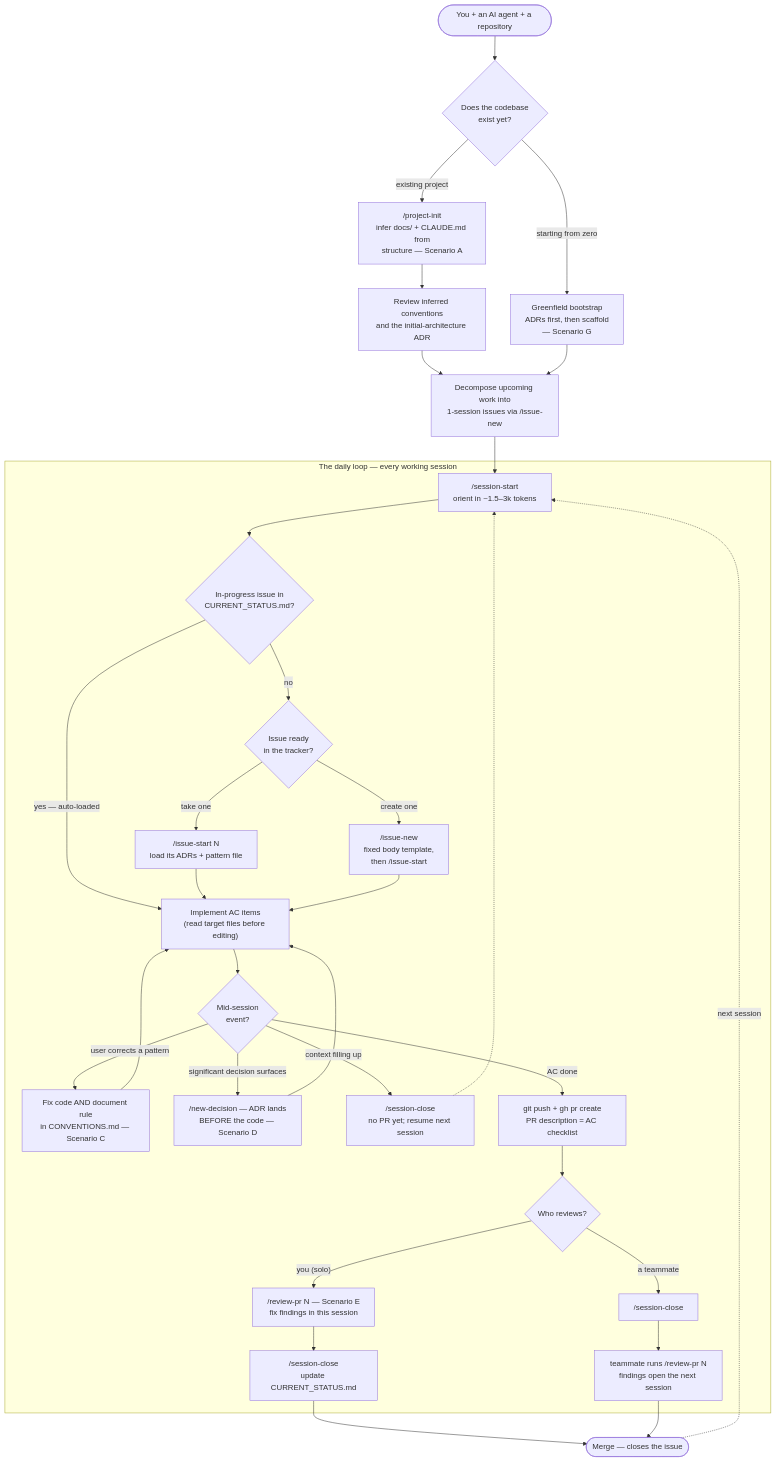
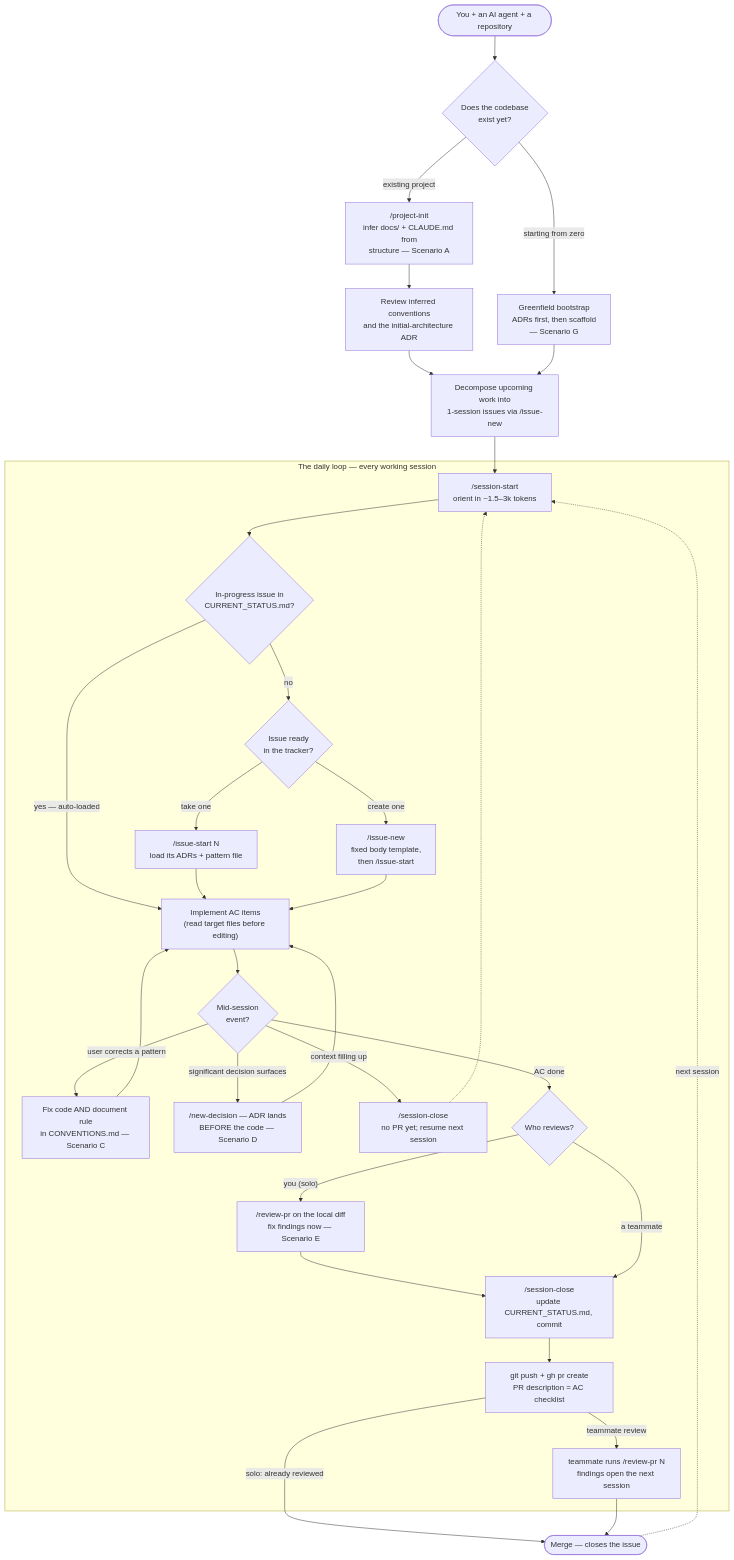
One commit to albertomarturelo/context-first-development changed the first of 7 diagrams in docs/session-flow.md. Above: the diagram before and after it, drawn with Mermaid. The commit also changed other lines of this file and 10 other files, not shown here.

First line of the commit message:
fix: self-review the local diff before close; correct CI claims

````diff
--- a/docs/session-flow.md
+++ b/docs/session-flow.md
@@ -20,37 +20,37 @@
 ```mermaid
 flowchart TD
     START(["You + an AI agent + a repository"]) --> Q{"Does the codebase<br/>exist yet?"}
     Q -- "existing project" --> A["/project-init<br/>infer docs/ + CLAUDE.md from<br/>structure — Scenario A"]
     Q -- "starting from zero" --> G["Greenfield bootstrap<br/>ADRs first, then scaffold<br/>— Scenario G"]
     A --> R["Review inferred conventions<br/>and the initial-architecture ADR"]
     R --> B0["Decompose upcoming work into<br/>1-session issues via /issue-new"]
     G --> B0
 
     subgraph LOOP["The daily loop — every working session"]
         SS["/session-start<br/>orient in ~1.5–3k tokens"] --> P{"In-progress issue in<br/>CURRENT_STATUS.md?"}
         P -- "yes — auto-loaded" --> IMPL
         P -- "no" --> T{"Issue ready<br/>in the tracker?"}
         T -- "take one" --> IS["/issue-start N<br/>load its ADRs + pattern file"]
         T -- "create one" --> IN["/issue-new<br/>fixed body template,<br/>then /issue-start"]
         IS --> IMPL
         IN --> IMPL
         IMPL["Implement AC items<br/>(read target files before editing)"] --> MID{"Mid-session<br/>event?"}
         MID -- "user corrects a pattern" --> C["Fix code AND document rule<br/>in CONVENTIONS.md — Scenario C"]
         MID -- "significant decision surfaces" --> D["/new-decision — ADR lands<br/>BEFORE the code — Scenario D"]
         C --> IMPL
         D --> IMPL
         MID -- "context filling up" --> SCX["/session-close<br/>no PR yet; resume next session"]
-        MID -- "AC done" --> PR["git push + gh pr create<br/>PR description = AC checklist"]
-        PR --> WHO{"Who reviews?"}
-        WHO -- "you (solo)" --> RV["/review-pr N — Scenario E<br/>fix findings in this session"]
-        RV --> SC["/session-close<br/>update CURRENT_STATUS.md"]
-        WHO -- "a teammate" --> SCT["/session-close"]
-        SCT --> TR["teammate runs /review-pr N<br/>findings open the next session"]
+        MID -- "AC done" --> WHO{"Who reviews?"}
+        WHO -- "you (solo)" --> RV["/review-pr on the local diff<br/>fix findings now — Scenario E"]
+        RV --> SC
+        WHO -- "a teammate" --> SC["/session-close<br/>update CURRENT_STATUS.md, commit"]
+        SC --> PR["git push + gh pr create<br/>PR description = AC checklist"]
+        PR -- "teammate review" --> TR["teammate runs /review-pr N<br/>findings open the next session"]
     end
 
     B0 --> SS
     SCX -.-> SS
-    SC --> M(["Merge — closes the issue"])
+    PR -- "solo: already reviewed" --> M(["Merge — closes the issue"])
     TR --> M
     M -.->|"next session"| SS
 ```
````
